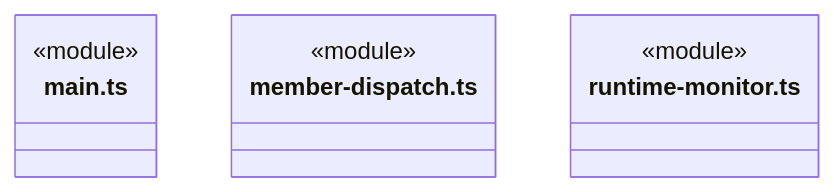
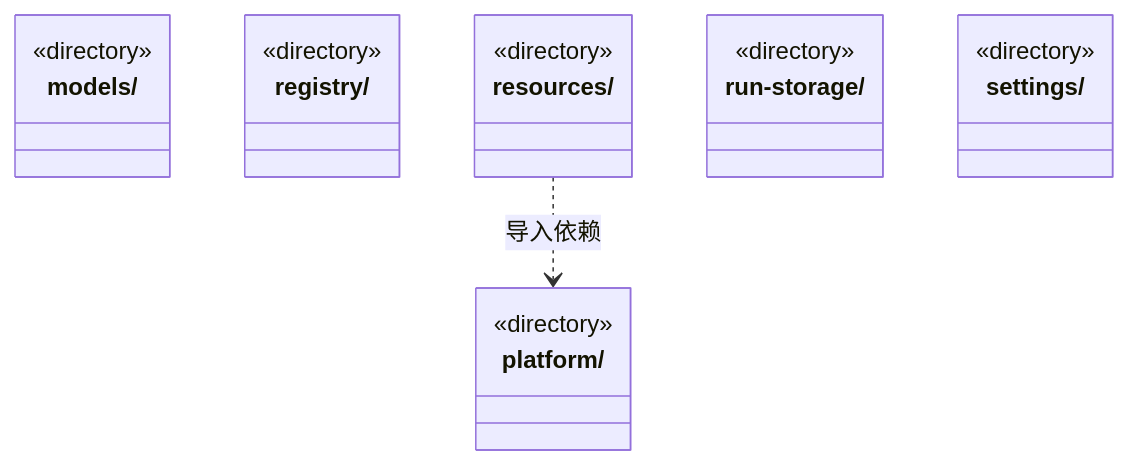
One commit to nan023062/cbim changed the third of 6 diagrams in src/backend/main/ARCHITECTURE.md. Above: the diagram before and after it, drawn with Mermaid. The commit also changed other lines of this file and 971 other files, not shown here.

First line of the commit message:
refactor: align backend source layout with V&B module boundaries

````diff
--- a/src/backend/main/ARCHITECTURE.md
+++ b/src/backend/main/ARCHITECTURE.md
@@ -86,12 +70,22 @@
 ```mermaid
 classDiagram
-class N_src_backend_main_main_ts["main.ts"] {
-  <<module>>
+class N_src_backend_main_models["models/"] {
+  <<directory>>
 }
-class N_src_backend_main_member_dispatch_ts["member-dispatch.ts"] {
-  <<module>>
+class N_src_backend_main_platform["platform/"] {
+  <<directory>>
 }
-class N_src_backend_main_runtime_monitor_ts["runtime-monitor.ts"] {
-  <<module>>
+class N_src_backend_main_registry["registry/"] {
+  <<directory>>
 }
+class N_src_backend_main_resources["resources/"] {
+  <<directory>>
+}
+class N_src_backend_main_run_storage["run-storage/"] {
+  <<directory>>
+}
+class N_src_backend_main_settings["settings/"] {
+  <<directory>>
+}
+N_src_backend_main_resources ..> N_src_backend_main_platform : 导入依赖
 ```
````
